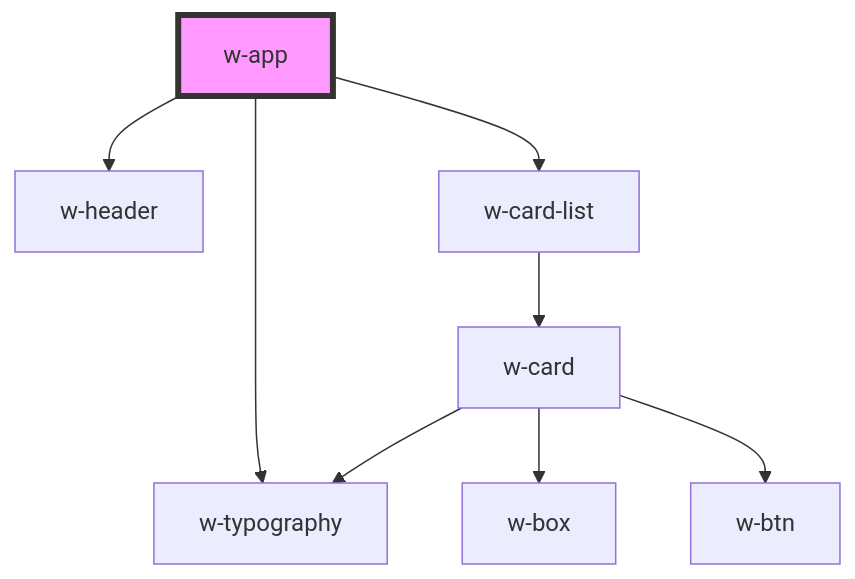
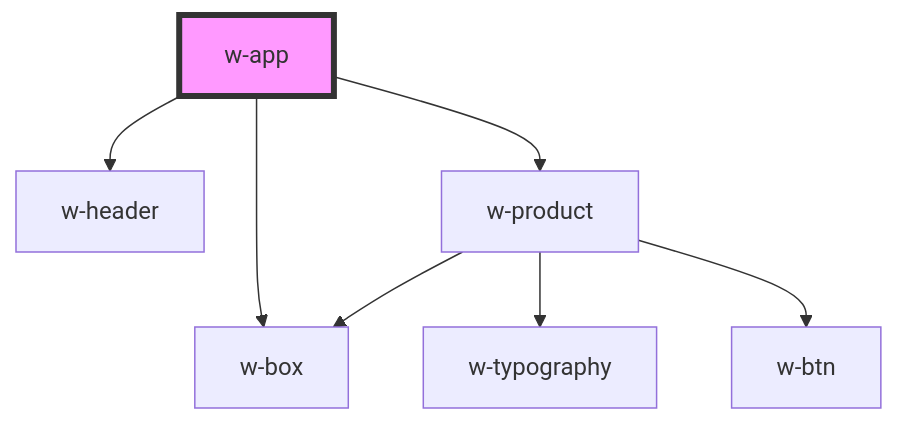
Before and after one commit to xe4me/woolies-design-system: the diagram in src/components/w-app/readme.md, drawn with Mermaid. The commit also changed other lines of this file and 20 other files, not shown here.

Commit message:
Removed w-card and implemented w-product

````diff
--- a/src/components/w-app/readme.md
+++ b/src/components/w-app/readme.md
@@ -17,11 +17,10 @@
 ```mermaid
 graph TD;
   w-app --> w-header
-  w-app --> w-typography
-  w-app --> w-card-list
-  w-card-list --> w-card
-  w-card --> w-box
-  w-card --> w-typography
-  w-card --> w-btn
+  w-app --> w-box
+  w-app --> w-product
+  w-product --> w-box
+  w-product --> w-typography
+  w-product --> w-btn
   style w-app fill:#f9f,stroke:#333,stroke-width:4px
 ```
````
